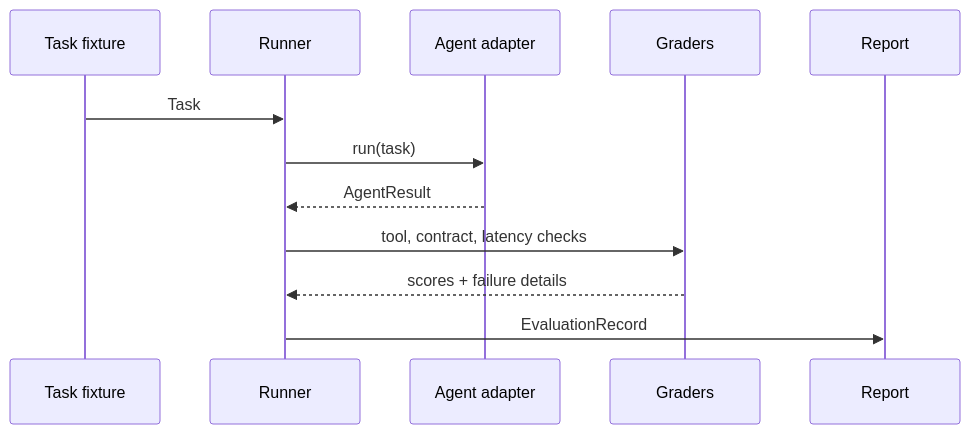
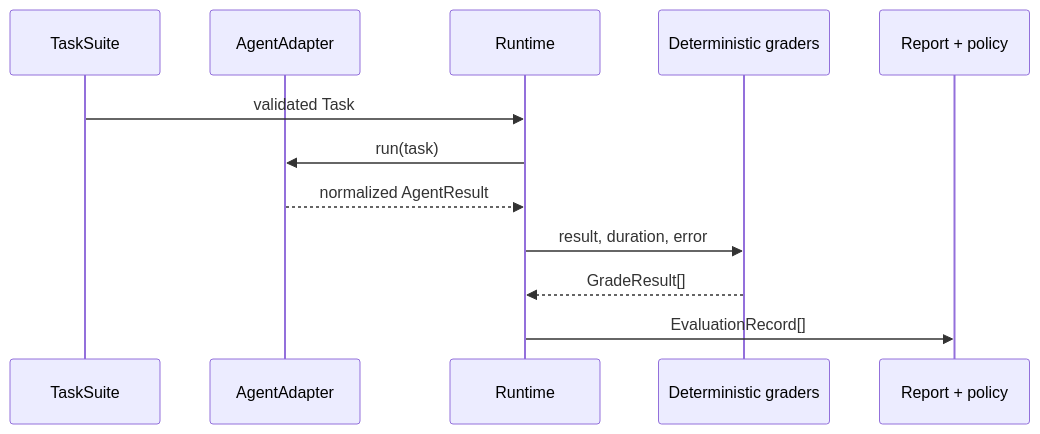
The diagram in ARCHITECTURE.md (alimokhtari-ai/agent-eval-lab), drawn with Mermaid before and after one commit. The commit also changed other lines of this file and 11 other files, not shown here.

````diff
--- a/ARCHITECTURE.md
+++ b/ARCHITECTURE.md
@@ -7,15 +5,14 @@
 ```mermaid
 sequenceDiagram
-  participant Fixture as Task fixture
-  participant Runner as Runner
-  participant Adapter as Agent adapter
-  participant Graders as Graders
-  participant Report as Report
-
-  Fixture->>Runner: Task
-  Runner->>Adapter: run(task)
-  Adapter-->>Runner: AgentResult
-  Runner->>Graders: tool, contract, latency checks
-  Graders-->>Runner: scores + failure details
-  Runner->>Report: EvaluationRecord
+  participant S as TaskSuite
+  participant A as AgentAdapter
+  participant R as Runtime
+  participant G as Deterministic graders
+  participant P as Report + policy
+  S->>R: validated Task
+  R->>A: run(task)
+  A-->>R: normalized AgentResult
+  R->>G: result, duration, error
+  G-->>R: GradeResult[]
+  R->>P: EvaluationRecord[]
 ```
````
